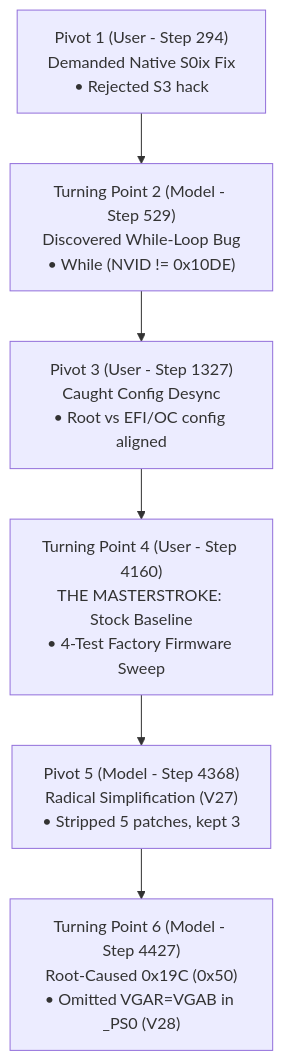
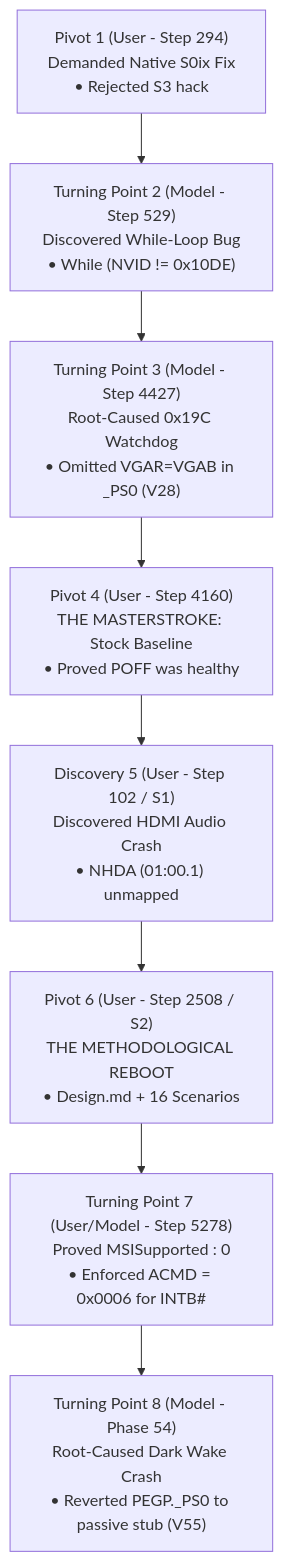
One commit to datacompboy/xmg_deep_sleep changed the fourth of 4 diagrams in retro/DecisionsLog.md. Above: the diagram before and after it, drawn with Mermaid. The commit also changed other lines of this file and 2 other files, not shown here.

````diff
--- a/retro/DecisionsLog.md
+++ b/retro/DecisionsLog.md
@@ -99,9 +150,11 @@
 ```mermaid
 flowchart TD
-    TP1["Pivot 1 (User - Step 294)<br>Demanded Native S0ix Fix<br>• Rejected S3 hack"]
-    --> TP2["Turning Point 2 (Model - Step 529)<br>Discovered While-Loop Bug<br>• While (NVID != 0x10DE)"]
-    --> TP3["Pivot 3 (User - Step 1327)<br>Caught Config Desync<br>• Root vs EFI/OC config aligned"]
-    --> TP4["Turning Point 4 (User - Step 4160)<br>THE MASTERSTROKE: Stock Baseline<br>• 4-Test Factory Firmware Sweep"]
-    --> TP5["Pivot 5 (Model - Step 4368)<br>Radical Simplification (V27)<br>• Stripped 5 patches, kept 3"]
-    --> TP6["Turning Point 6 (Model - Step 4427)<br>Root-Caused 0x19C (0x50)<br>• Omitted VGAR=VGAB in _PS0 (V28)"]
+    P1["Pivot 1 (User - Step 294)<br>Demanded Native S0ix Fix<br>• Rejected S3 hack"]
+    --> P2["Turning Point 2 (Model - Step 529)<br>Discovered While-Loop Bug<br>• While (NVID != 0x10DE)"]
+    --> P3["Turning Point 3 (Model - Step 4427)<br>Root-Caused 0x19C Watchdog<br>• Omitted VGAR=VGAB in _PS0 (V28)"]
+    --> P4["Pivot 4 (User - Step 4160)<br>THE MASTERSTROKE: Stock Baseline<br>• Proved POFF was healthy"]
+    --> P5["Discovery 5 (User - Step 102 / S1)<br>Discovered HDMI Audio Crash<br>• NHDA (01:00.1) unmapped"]
+    --> P6["Pivot 6 (User - Step 2508 / S2)<br>THE METHODOLOGICAL REBOOT<br>• Design.md + 16 Scenarios"]
+    --> P7["Turning Point 7 (User/Model - Step 5278)<br>Proved MSISupported : 0<br>• Enforced ACMD = 0x0006 for INTB#"]
+    --> P8["Turning Point 8 (Model - Phase 54)<br>Root-Caused Dark Wake Crash<br>• Reverted PEGP._PS0 to passive stub (V55)"]
 ```
````
